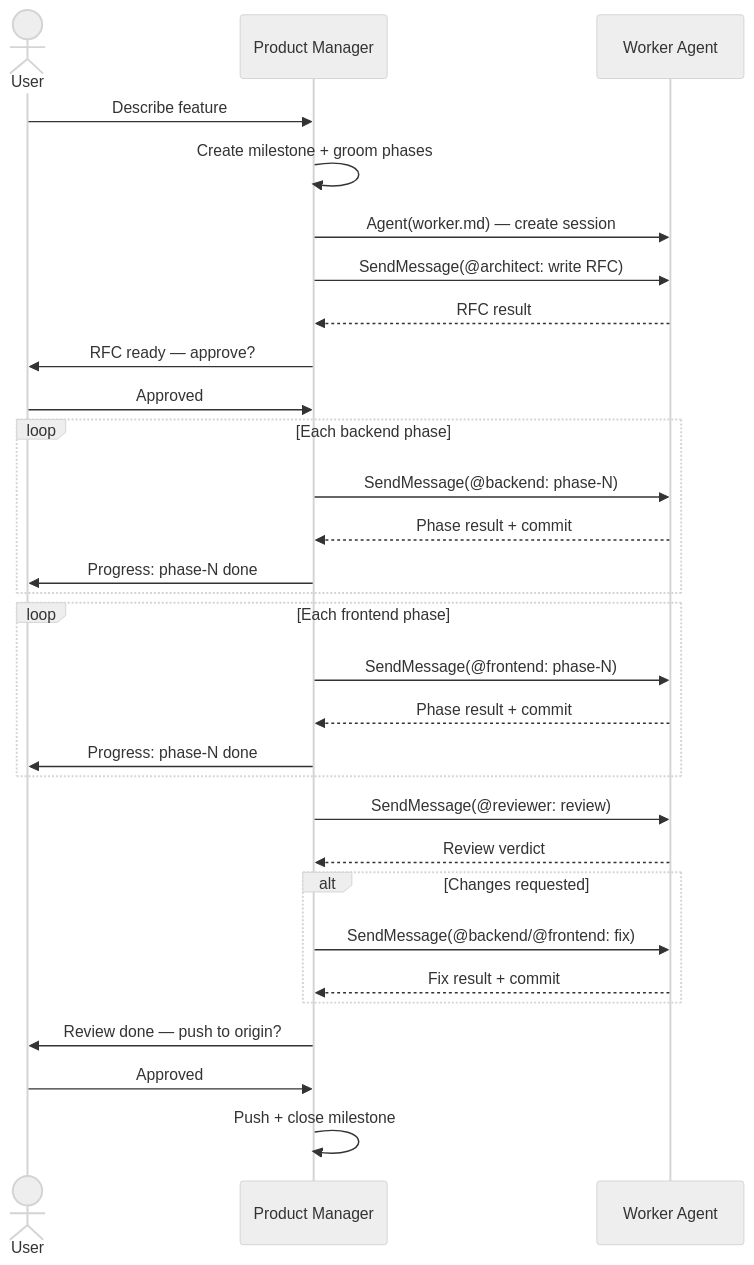
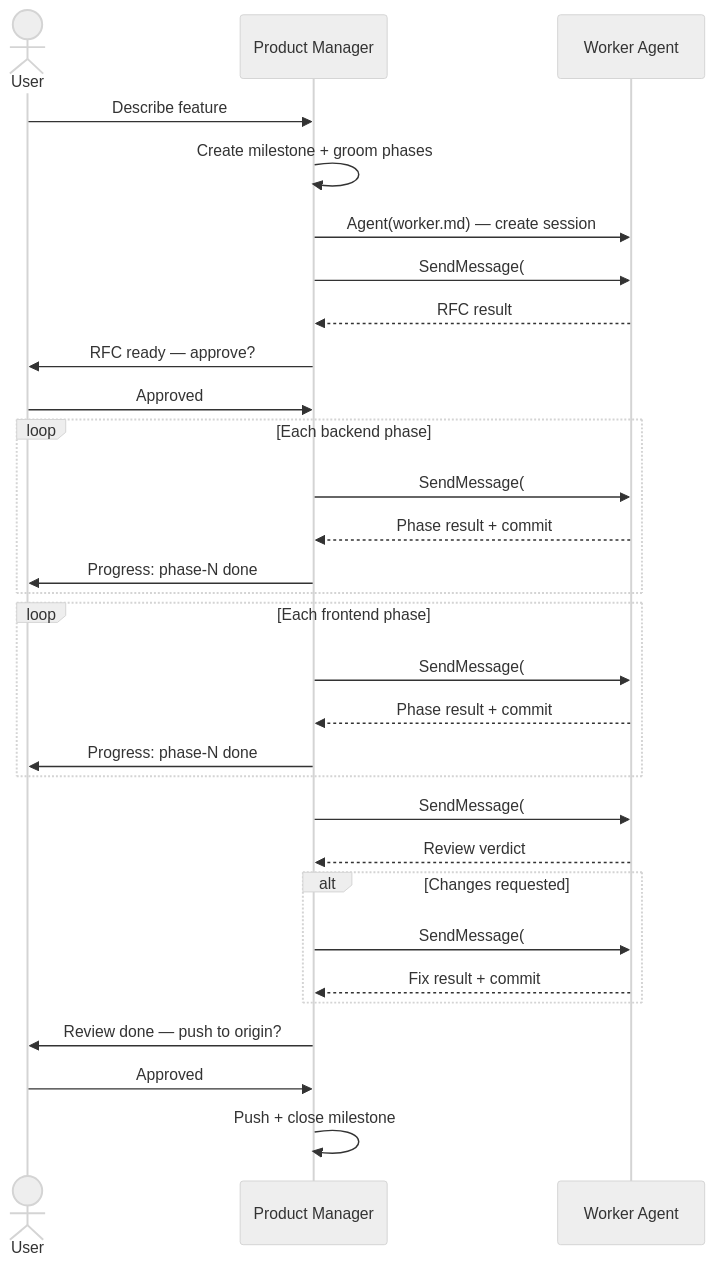
Before and after one commit to sulhadin/orchestrator: the first of 3 diagrams in .orchestra/README.md, drawn with Mermaid (neutral theme). The commit also changed other lines of this file and 9 other files, not shown here.

````diff
--- a/.orchestra/README.md
+++ b/.orchestra/README.md
@@ -282,39 +282,39 @@
 ```mermaid
 sequenceDiagram
     actor U as User
     participant PM as Product Manager
     participant W as Worker Agent
 
     U->>PM: Describe feature
     PM->>PM: Create milestone + groom phases
     PM->>W: Agent(worker.md) — create session
 
-    PM->>W: SendMessage(@architect: write RFC)
+    PM->>W: SendMessage(#architect: write RFC)
     W-->>PM: RFC result
     PM->>U: RFC ready — approve?
     U->>PM: Approved
 
     loop Each backend phase
-        PM->>W: SendMessage(@backend: phase-N)
+        PM->>W: SendMessage(#backend: phase-N)
         W-->>PM: Phase result + commit
         PM->>U: Progress: phase-N done
     end
 
     loop Each frontend phase
-        PM->>W: SendMessage(@frontend: phase-N)
+        PM->>W: SendMessage(#frontend: phase-N)
         W-->>PM: Phase result + commit
         PM->>U: Progress: phase-N done
     end
 
-    PM->>W: SendMessage(@reviewer: review)
+    PM->>W: SendMessage(#reviewer: review)
     W-->>PM: Review verdict
 
     alt Changes requested
-        PM->>W: SendMessage(@backend/@frontend: fix)
+        PM->>W: SendMessage(#backend/#frontend: fix)
         W-->>PM: Fix result + commit
     end
 
     PM->>U: Review done — push to origin?
     U->>PM: Approved
     PM->>PM: Push + close milestone
 ```
````
